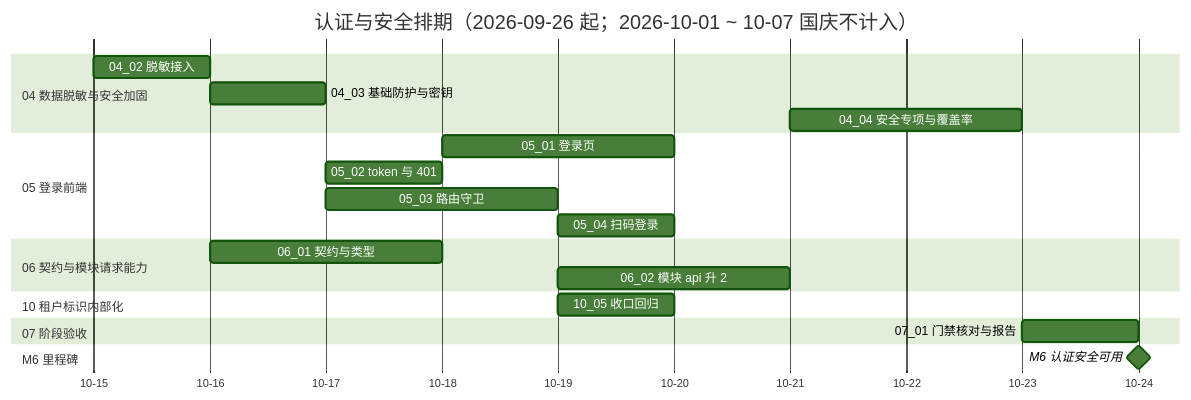
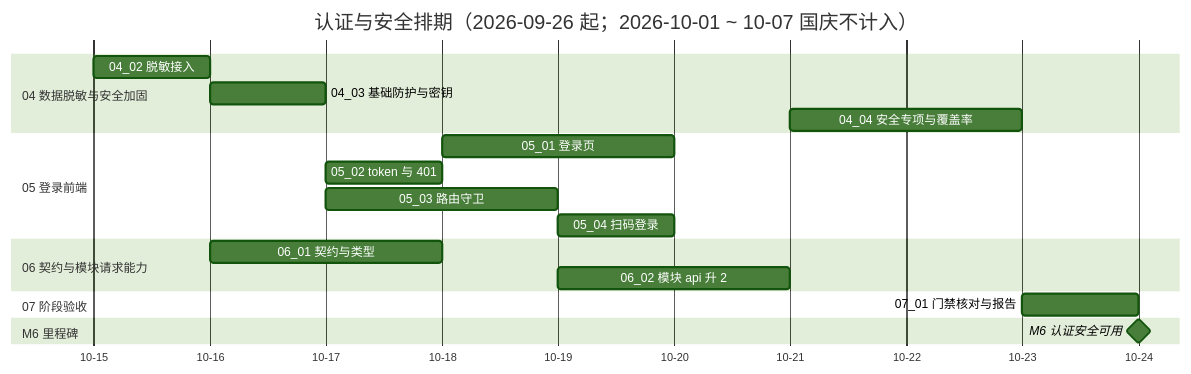
The diagram in bms文档/项目/06_认证与安全/计划/01_计划_认证与安全.md (minjian123/basic-management-system), drawn with Mermaid (forest theme) before and after one commit. The commit also changed other lines of this file and 5 other files, not shown here.

````diff
--- a/bms文档/项目/06_认证与安全/计划/01_计划_认证与安全.md
+++ b/bms文档/项目/06_认证与安全/计划/01_计划_认证与安全.md
@@ -72,25 +72,22 @@
 ```mermaid
 gantt
     title 认证与安全排期（2026-09-26 起；2026-10-01 ~ 10-07 国庆不计入）
     dateFormat  YYYY-MM-DD
     axisFormat %m-%d
     section 04 数据脱敏与安全加固
     04_02 脱敏接入 :d2, 2026-10-15, 1d
     04_03 基础防护与密钥 :d3, 2026-10-16, 1d
     04_04 安全专项与覆盖率 :d4, 2026-10-21, 2d
     section 05 登录前端
     05_01 登录页 :e1, 2026-10-18, 2d
     05_02 token 与 401 :e2, 2026-10-17, 1d
     05_03 路由守卫 :e3, 2026-10-17, 2d
     05_04 扫码登录 :e4, 2026-10-19, 1d
     section 06 契约与模块请求能力
     06_01 契约与类型 :f1, 2026-10-16, 2d
     06_02 模块 api 升 2 :f2, 2026-10-19, 2d
-    section 10 租户标识内部化
-    10_05 收口回归 :j5, 2026-10-19, 1d
-
     section 07 阶段验收
     07_01 门禁核对与报告 :g1, 2026-10-23, 1d
     section M6 里程碑
     M6 认证安全可用 :milestone, mm6, 2026-10-24, 0d
 ```
````
